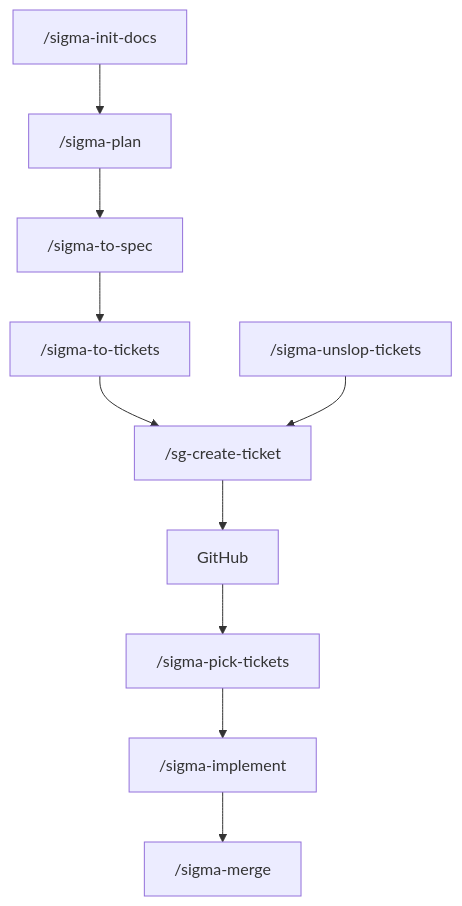
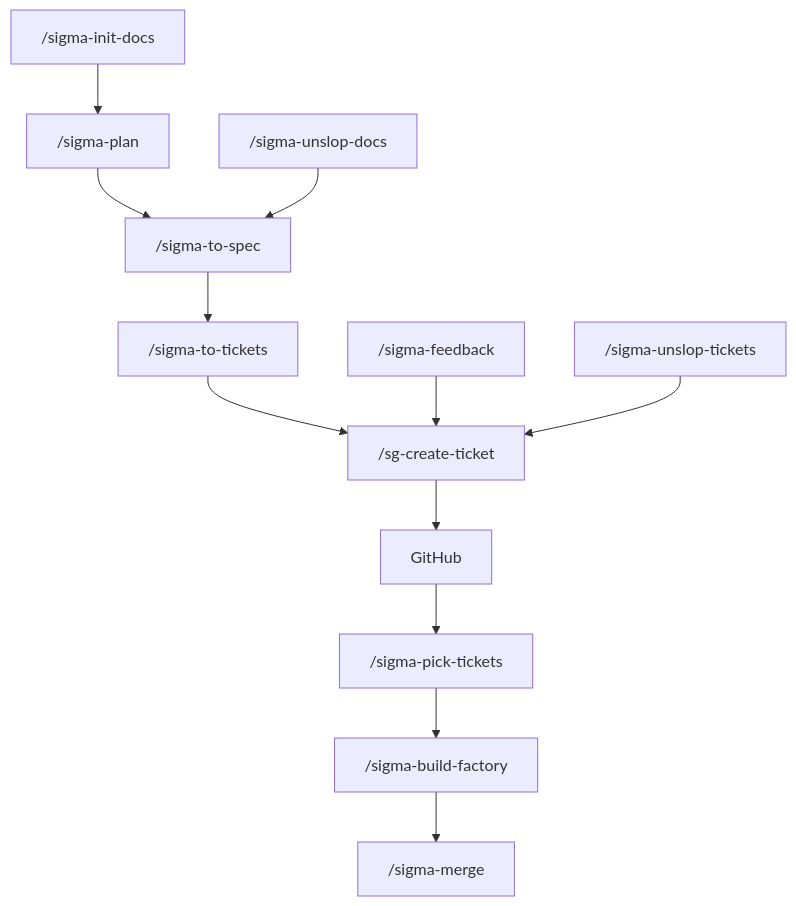
The first of 3 diagrams in README.md (sigma-michael/sigma-build-factory), drawn with Mermaid before and after one commit. The commit also changed other lines of this file and 11 other files, not shown here.

First line of the commit message:
File feedback as tickets and refresh the spec from the code. (#19)

````diff
--- a/README.md
+++ b/README.md
@@ -42,12 +42,14 @@
 ```mermaid
 flowchart TD
   init["/sigma-init-docs"] --> plan["/sigma-plan"]
   plan --> spec["/sigma-to-spec"]
   spec --> tickets["/sigma-to-tickets"]
   tickets --> file["/sg-create-ticket"]
+  note["/sigma-feedback"] --> file
+  docs["/sigma-unslop-docs"] --> spec
   clean["/sigma-unslop-tickets"] --> file
   file --> gh["GitHub"]
   gh --> pick["/sigma-pick-tickets"]
-  pick --> impl["/sigma-implement"]
-  impl --> merge["/sigma-merge"]
+  pick --> factory["/sigma-build-factory"]
+  factory --> merge["/sigma-merge"]
 ```
````
